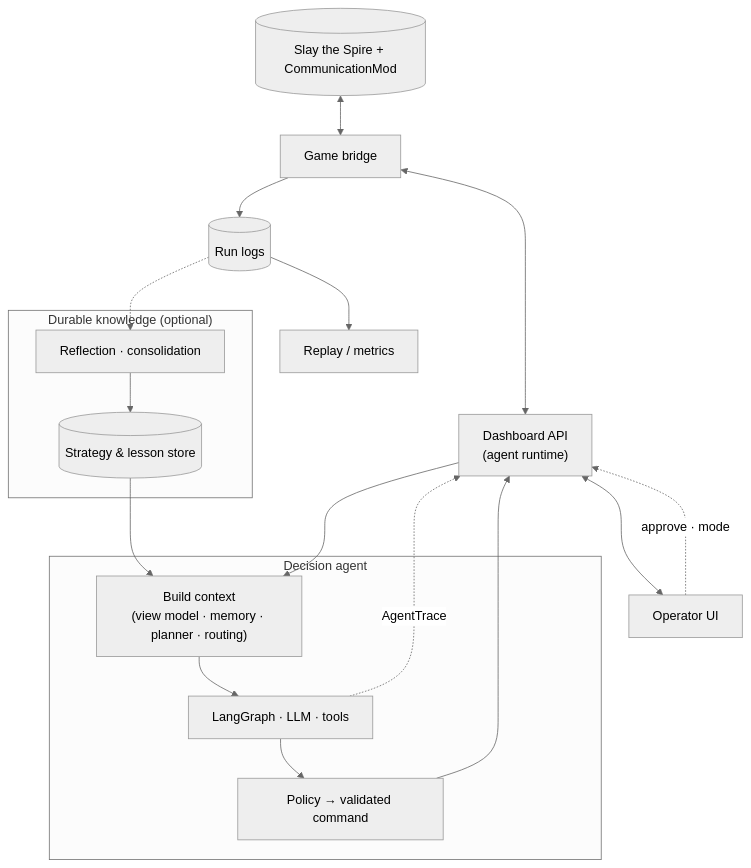
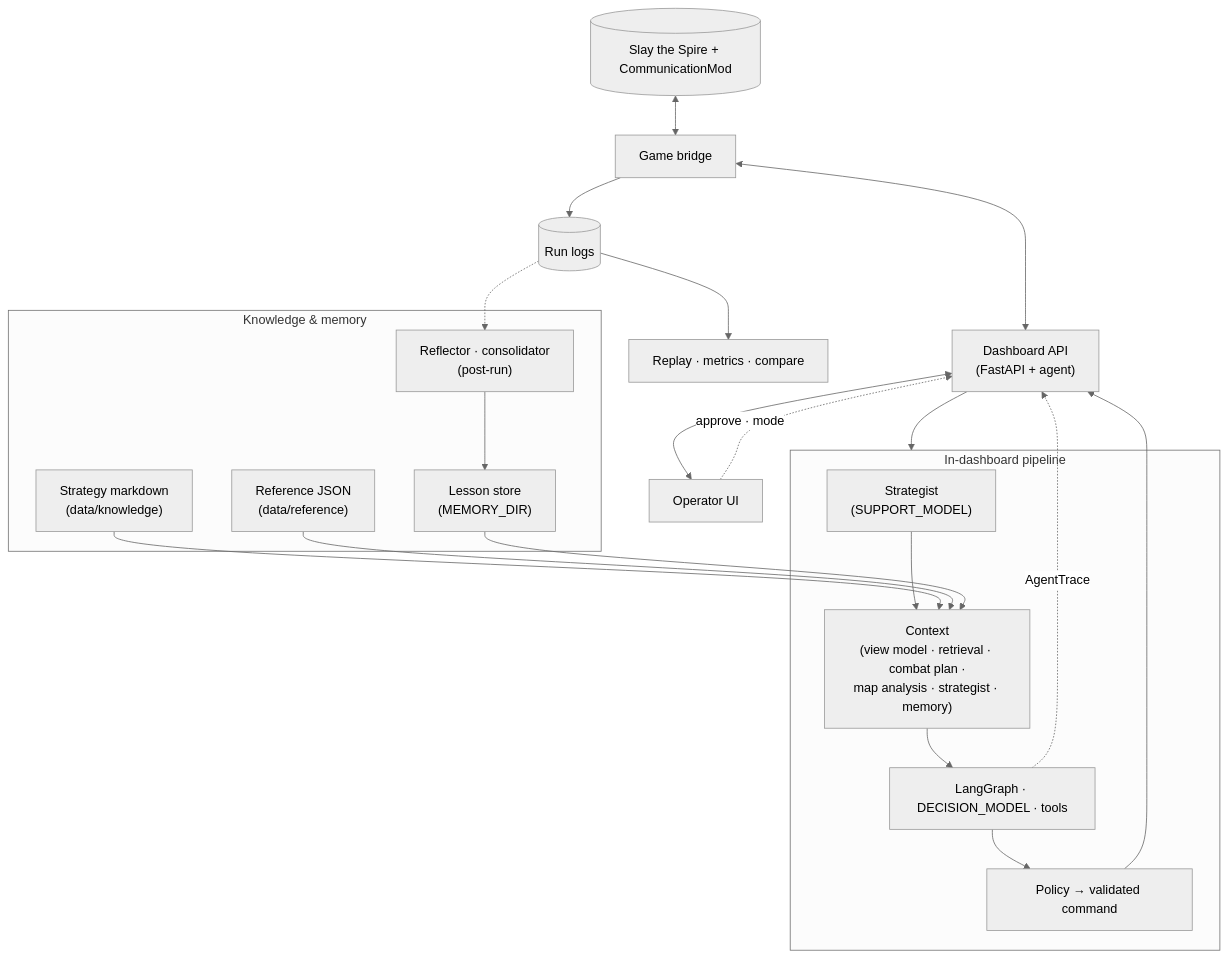
One commit to Minhao-Zhang/slay_the_spire_agent changed the diagram in README.md. Above: the diagram before and after it, drawn with Mermaid (neutral theme). The commit also changed other lines of this file, not shown here.

Commit message:
docs: align README with knowledge-grounded agent architecture
- Update runtime stack, config (API_KEY, dual models), and web routes

- Refresh mermaid diagram: strategist, context pipeline, reflection loop

Made-with: Cursor

````diff
--- a/README.md
+++ b/README.md
@@ -16,29 +16,34 @@
 ```mermaid
 flowchart TB
   Game[("Slay the Spire + CommunicationMod")] <--> Bridge["Game bridge"]
-  Bridge <--> Dash["Dashboard API\n(agent runtime)"]
+  Bridge <--> Dash["Dashboard API\n(FastAPI + agent)"]
   Dash <--> UI["Operator UI"]
 
-  subgraph Agent["Decision agent"]
-    Ctx["Build context\n(view model · memory · planner · routing)"]
-    Loop["LangGraph · LLM · tools"]
-    Pol["Policy → validated command"]
-    Ctx --> Loop --> Pol
+  subgraph Know["Knowledge & memory"]
+    KBM["Strategy markdown\n(data/knowledge)"]
+    RefJ["Reference JSON\n(data/reference)"]
+    Mem["Lesson store\n(MEMORY_DIR)"]
+    Post["Reflector · consolidator\n(post-run)"]
   end
 
-  subgraph Know["Durable knowledge (optional)"]
-    KB[("Strategy & lesson store")]
-    Refl["Reflection · consolidation"]
+  subgraph Runtime["In-dashboard pipeline"]
+    Strat["Strategist\n(SUPPORT_MODEL)"]
+    Ctx["Context\n(view model · retrieval · combat plan ·\nmap analysis · strategist · memory)"]
+    Loop["LangGraph · DECISION_MODEL · tools"]
+    Pol["Policy → validated command"]
+    Strat --> Ctx --> Loop --> Pol
   end
 
-  KB --> Ctx
-  Dash --> Ctx
+  KBM --> Ctx
+  RefJ --> Ctx
+  Mem --> Ctx
+  Dash --> Runtime
   Pol --> Dash
   Loop -.->|AgentTrace| Dash
   UI -.->|approve · mode| Dash
 
   Bridge --> Logs[("Run logs")]
-  Logs --> Replay["Replay / metrics"]
-  Logs -.-> Refl
-  Refl --> KB
+  Logs --> Replay["Replay · metrics · compare"]
+  Logs -.-> Post
+  Post --> Mem
 ```
````
